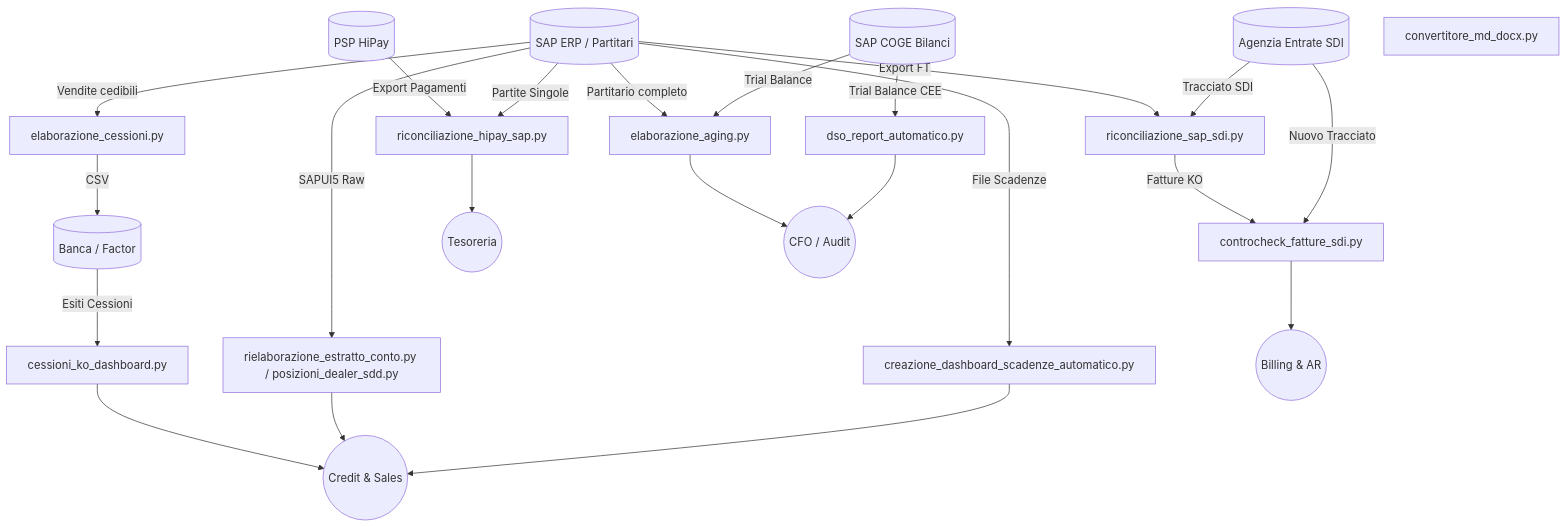
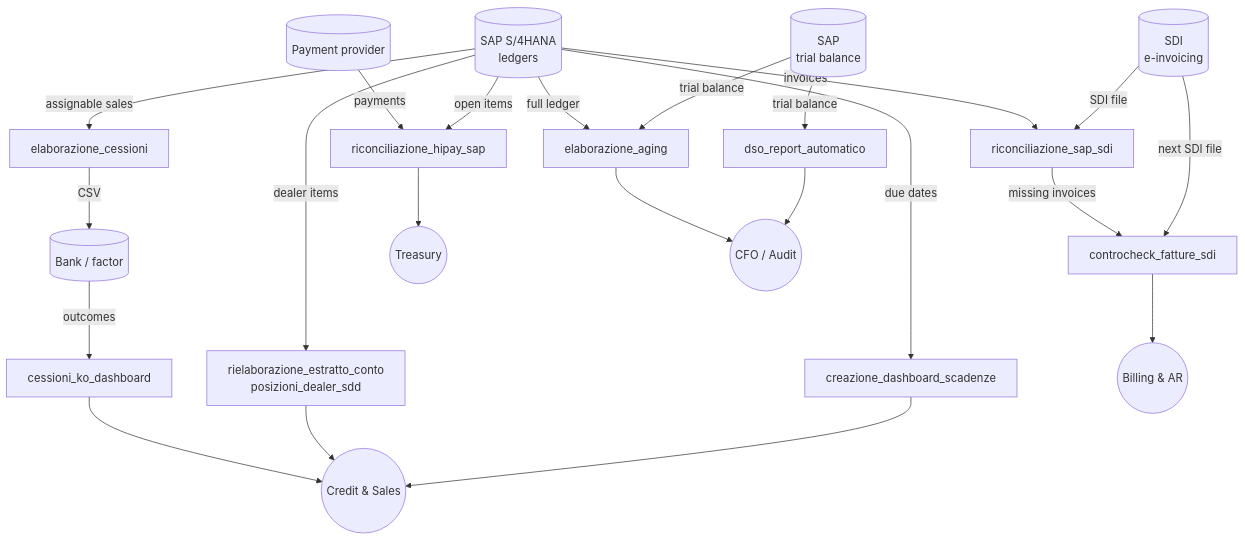
The diagram in README.md (edoross03-gif/finance-automation), drawn with Mermaid before and after one commit. The commit also changed other lines of this file and 2 other files, not shown here.

````diff
--- a/README.md
+++ b/README.md
@@ -19,57 +31,46 @@
 ```mermaid
 flowchart TD
-    %% Fonti
-    SAP[(SAP ERP / Partitari)]
-    COGE[(SAP COGE Bilanci)]
-    SDI[(Agenzia Entrate SDI)]
-    HIPAY[(PSP HiPay)]
-    FACTOR[(Banca / Factor)]
+    SAP[(SAP S/4HANA<br/>ledgers)]
+    COGE[(SAP<br/>trial balance)]
+    SDI[(SDI<br/>e-invoicing)]
+    HIPAY[(Payment provider)]
+    FACTOR[(Bank / factor)]
 
-    %% Script / Processi
-    A_SDI[riconciliazione_sap_sdi.py]
-    A_CK[controcheck_fatture_sdi.py]
-    A_HIP[riconciliazione_hipay_sap.py]
-    A_CES[elaborazione_cessioni.py]
-    A_KO[cessioni_ko_dashboard.py]
-    A_EXT[rielaborazione_estratto_conto.py / posizioni_dealer_sdd.py]
-    A_SCA[creazione_dashboard_scadenze_automatico.py]
-    A_AGE[elaborazione_aging.py]
-    A_DSO[dso_report_automatico.py]
-    A_CONV[convertitore_md_docx.py]
+    A_SDI[riconciliazione_sap_sdi]
+    A_CK[controcheck_fatture_sdi]
+    A_HIP[riconciliazione_hipay_sap]
+    A_CES[elaborazione_cessioni]
+    A_KO[cessioni_ko_dashboard]
+    A_EXT[rielaborazione_estratto_conto<br/>posizioni_dealer_sdd]
+    A_SCA[creazione_dashboard_scadenze]
+    A_AGE[elaborazione_aging]
+    A_DSO[dso_report_automatico]
 
-    %% Flusso SDI
-    SAP -->|Export FT| A_SDI
-    SDI -->|Tracciato SDI| A_SDI
-    A_SDI -->|Fatture KO| A_CK
-    SDI -->|Nuovo Tracciato| A_CK
+    SAP -->|invoices| A_SDI
+    SDI -->|SDI file| A_SDI
+    A_SDI -->|missing invoices| A_CK
+    SDI -->|next SDI file| A_CK
+    HIPAY -->|payments| A_HIP
+    SAP -->|open items| A_HIP
+    SAP -->|assignable sales| A_CES
+    A_CES -->|CSV| FACTOR
+    FACTOR -->|outcomes| A_KO
+    SAP -->|dealer items| A_EXT
+    SAP -->|due dates| A_SCA
+    SAP -->|full ledger| A_AGE
+    COGE -->|trial balance| A_AGE
+    COGE -->|trial balance| A_DSO
 
-    %% Flusso Incassi / Tesoreria
-    HIPAY -->|Export Pagamenti| A_HIP
-    SAP -->|Partite Singole| A_HIP
-    SAP -->|Vendite cedibili| A_CES
-    A_CES -->|CSV| FACTOR
-    FACTOR -->|Esiti Cessioni| A_KO
-
-    %% Flusso Clienti
-    SAP -->|SAPUI5 Raw| A_EXT
-    SAP -->|File Scadenze| A_SCA
-    
-    %% Flusso Month-end
-    SAP -->|Partitario completo| A_AGE
-    COGE -->|Trial Balance| A_AGE
-    COGE -->|Trial Balance CEE| A_DSO
-
-    %% Endpoint finali (Teams)
     Admin((Billing & AR))
-    Treasury((Tesoreria))
+    Treasury((Treasury))
     Credit((Credit & Sales))
     Control((CFO / Audit))
 
     A_CK --> Admin
     A_HIP --> Treasury
     A_KO --> Credit
     A_EXT --> Credit
     A_SCA --> Credit
     A_AGE --> Control
     A_DSO --> Control
 ```
````
